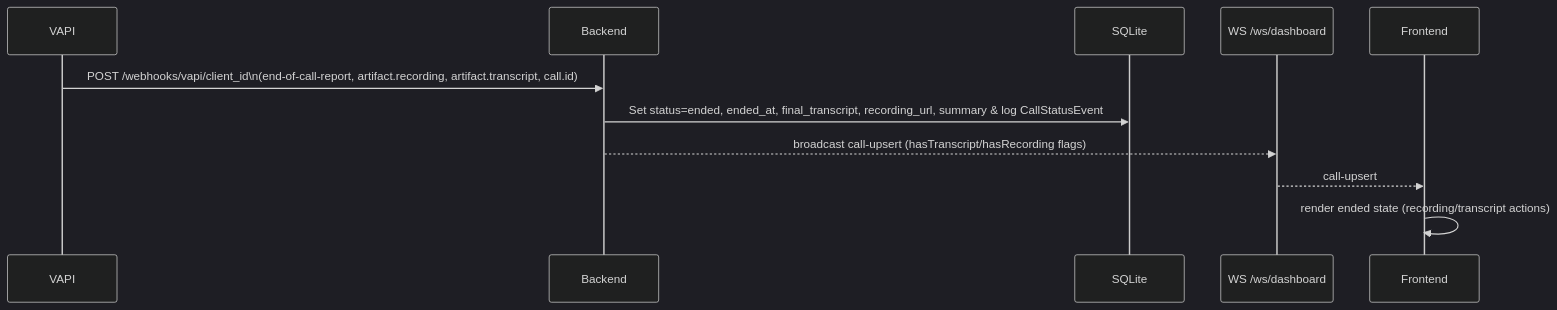
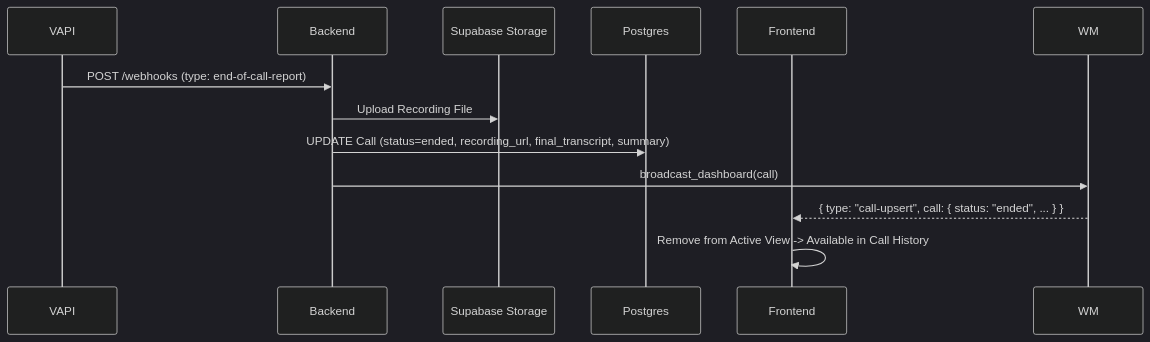
Before and after one commit to ronaks2309/fe-inbound-panel: the eighth of 9 diagrams in architecture-diagrams.md, drawn with Mermaid (dark theme). The commit also changed other lines of this file and 3 other files, not shown here.

````diff
--- a/architecture-diagrams.md
+++ b/architecture-diagrams.md
@@ -70,14 +143,15 @@
 ```mermaid
 sequenceDiagram
-  participant V as VAPI
-  participant B as Backend
-  participant DB as SQLite
-  participant W as WS /ws/dashboard
-  participant F as Frontend
+    participant V as VAPI
+    participant BE as Backend
+    participant S as Supabase Storage
+    participant DB as Postgres
+    participant FE as Frontend
 
-  V->>B: POST /webhooks/vapi/client_id\n(end-of-call-report, artifact.recording, artifact.transcript, call.id)
-  B->>DB: Set status=ended, ended_at, final_transcript, recording_url, summary & log CallStatusEvent
-  B-->>W: broadcast call-upsert (hasTranscript/hasRecording flags)
-  W-->>F: call-upsert
-  F->>F: render ended state (recording/transcript actions)
+    V->>BE: POST /webhooks (type: end-of-call-report)
+    BE->>S: Upload Recording File
+    BE->>DB: UPDATE Call (status=ended, recording_url, final_transcript, summary)
+    BE->>WM: broadcast_dashboard(call)
+    WM-->>FE: { type: "call-upsert", call: { status: "ended", ... } }
+    FE->>FE: Remove from Active View -> Available in Call History
 ```
````
